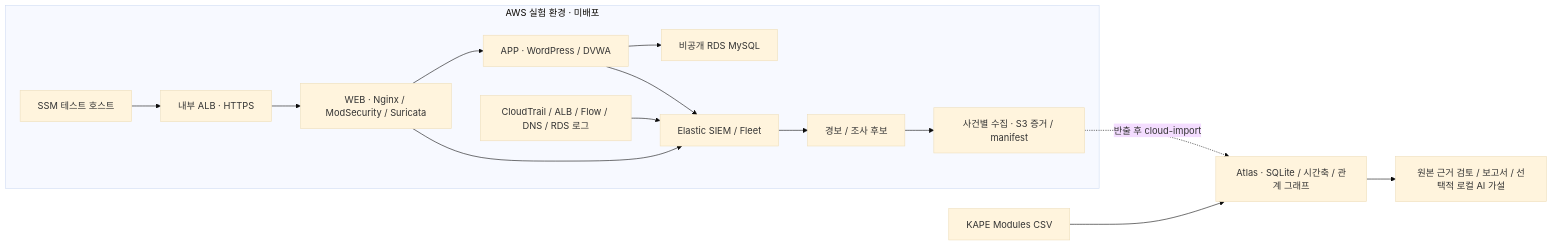
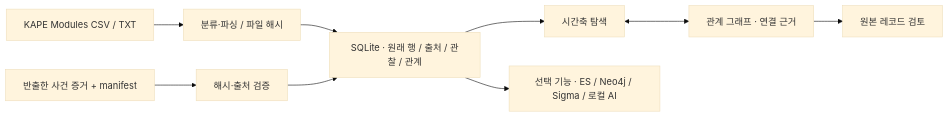
The diagram in README.md (acvbbnm/dfir), drawn with Mermaid (base theme) before and after one commit. The commit also changed other lines of this file and 5 other files, not shown here.

````diff
--- a/README.md
+++ b/README.md
@@ -28,17 +26,11 @@
 ```mermaid
 flowchart LR
-    subgraph AWS["AWS 실험 환경 · 미배포"]
-        T["SSM 테스트 호스트"] --> L["내부 ALB · HTTPS"]
-        L --> W["WEB · Nginx / ModSecurity / Suricata"]
-        W --> A["APP · WordPress / DVWA"]
-        A --> D["비공개 RDS MySQL"]
-        W --> S["Elastic SIEM / Fleet"]
-        A --> S
-        C["CloudTrail / ALB / Flow / DNS / RDS 로그"] --> S
-        S --> Q["경보 / 조사 후보"]
-        Q --> E["사건별 수집 · S3 증거 / manifest"]
-    end
-    E -.->|"반출 후 cloud-import"| AT["Atlas · SQLite / 시간축 / 관계 그래프"]
-    K["KAPE Modules CSV"] --> AT
-    AT --> R["원본 근거 검토 / 보고서 / 선택적 로컬 AI 가설"]
+    I["KAPE Modules CSV / TXT"] --> P["분류·파싱 / 파일 해시"]
+    P --> S["SQLite · 원래 행 / 출처 / 관찰 / 관계"]
+    S --> T["시간축 탐색"]
+    T <--> G["관계 그래프 · 연결 근거"]
+    G --> E["원본 레코드 검토"]
+    S --> X["선택 기능 · ES / Neo4j / Sigma / 로컬 AI"]
+    C["반출한 사건 증거 + manifest"] --> V["해시·출처 검증"]
+    V --> S
 ```
````
